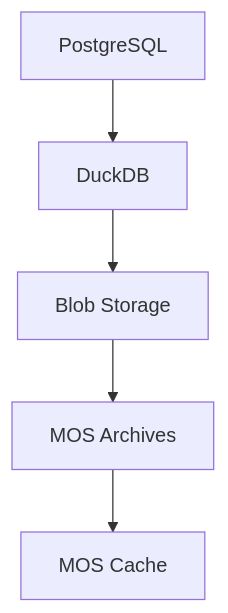
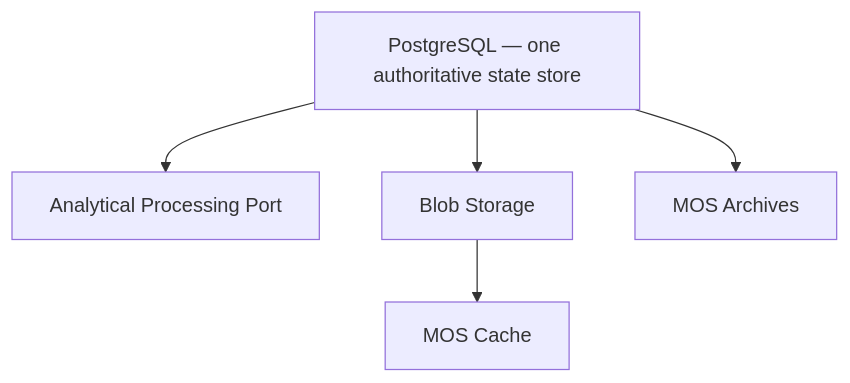
One commit to mosaic-media/architecture changed the third of 3 diagrams in docs/engineering/guides/meg-007-storage-architecture/index.md. Above: the diagram before and after it, drawn with Mermaid. The commit also changed other lines of this file and 5 other files, not shown here.

First line of the commit message:
MEG-007: reconcile to one-store v2 model with an analytical processing port

````diff
--- a/docs/engineering/guides/meg-007-storage-architecture/index.md
+++ b/docs/engineering/guides/meg-007-storage-architecture/index.md
@@ -182,14 +182,14 @@
 ```mermaid
 flowchart TD
 
-N1["PostgreSQL"]
-N2["DuckDB"]
+N1["PostgreSQL — one authoritative state store"]
+N2["Analytical Processing Port"]
 N3["Blob Storage"]
 N4["MOS Archives"]
 N5["MOS Cache"]
 
 N1 --> N2
-N2 --> N3
-N3 --> N4
-N4 --> N5
+N1 --> N3
+N1 --> N4
+N3 --> N5
 ```
````
